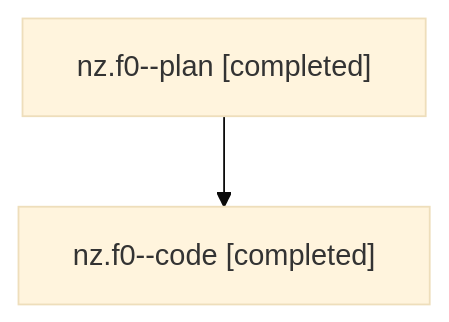
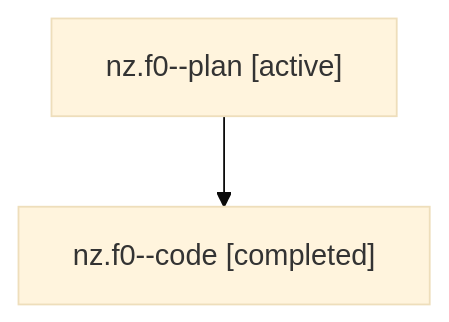
The diagram in families/bbugyi200.athena.nz.f0.md (sase-org/sase--agents), drawn with Mermaid (base theme) before and after one commit. The commit also changed other lines of this file and 5813 other files, not shown here.

````diff
--- a/families/bbugyi200.athena.nz.f0.md
+++ b/families/bbugyi200.athena.nz.f0.md
@@ -9,6 +9,6 @@
 ```mermaid
 flowchart TD
-  n0["nz.f0--plan [completed]"]
+  n0["nz.f0--plan [active]"]
   n1["nz.f0--code [completed]"]
   n0 --> n1
 ```
````
